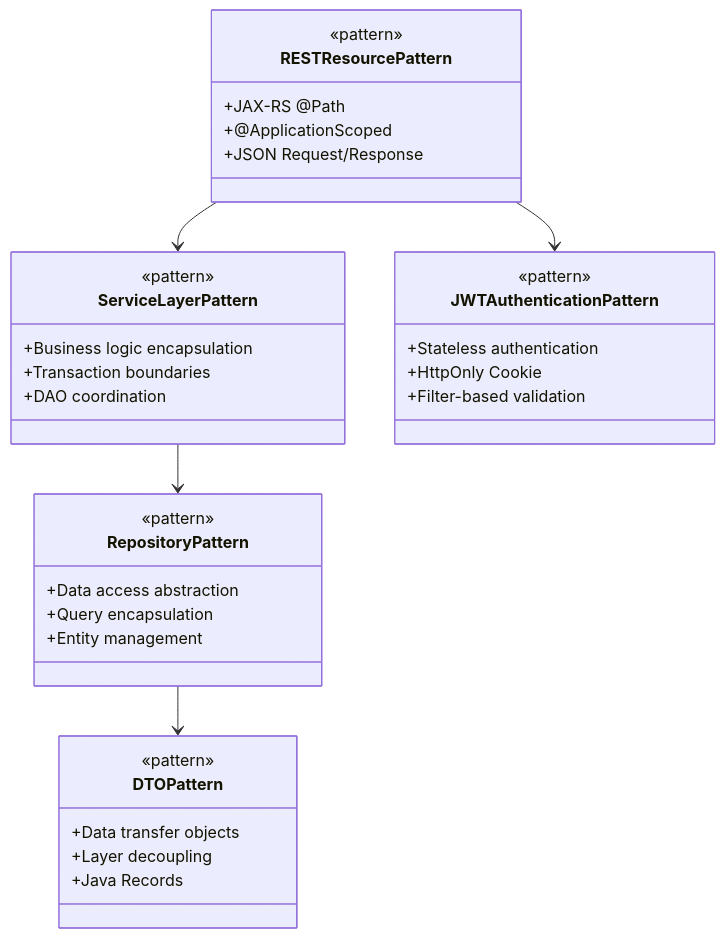
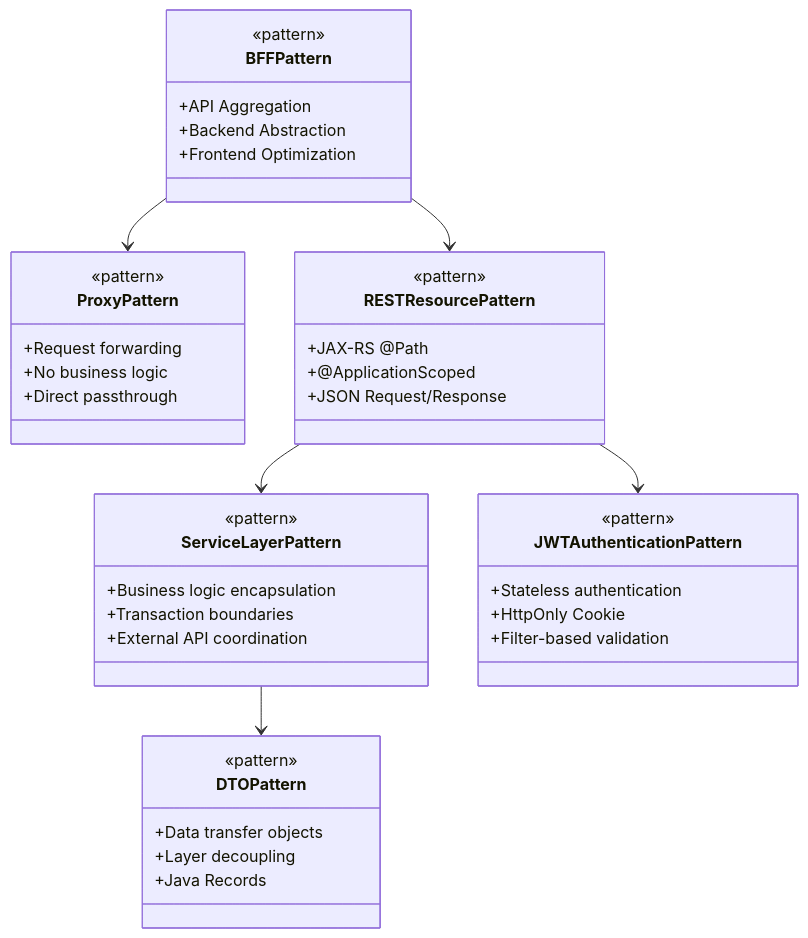
The fifth of 9 diagrams in projects/sdd/bookstore/berry-books-api-sdd/specs/baseline/system/architecture_design.md (KenyaSaitoh/ai_driven_dev_202601), drawn with Mermaid before and after one commit. The commit also changed other lines of this file and 40 other files, not shown here.

````diff
--- a/projects/sdd/bookstore/berry-books-api-sdd/specs/baseline/system/architecture_design.md
+++ b/projects/sdd/bookstore/berry-books-api-sdd/specs/baseline/system/architecture_design.md
@@ -188,42 +255,50 @@
 ```mermaid
 classDiagram
+    class BFFPattern {
+        <<pattern>>
+        +API Aggregation
+        +Backend Abstraction
+        +Frontend Optimization
+    }
+    
+    class ProxyPattern {
+        <<pattern>>
+        +Request forwarding
+        +No business logic
+        +Direct passthrough
+    }
+    
     class RESTResourcePattern {
         <<pattern>>
         +JAX-RS @Path
         +@ApplicationScoped
         +JSON Request/Response
     }
     
     class ServiceLayerPattern {
         <<pattern>>
         +Business logic encapsulation
         +Transaction boundaries
-        +DAO coordination
-    }
-    
-    class RepositoryPattern {
-        <<pattern>>
-        +Data access abstraction
-        +Query encapsulation
-        +Entity management
+        +External API coordination
     }
     
     class DTOPattern {
         <<pattern>>
         +Data transfer objects
         +Layer decoupling
         +Java Records
     }
     
     class JWTAuthenticationPattern {
         <<pattern>>
         +Stateless authentication
         +HttpOnly Cookie
         +Filter-based validation
     }
     
+    BFFPattern --> RESTResourcePattern
+    BFFPattern --> ProxyPattern
     RESTResourcePattern --> ServiceLayerPattern
-    ServiceLayerPattern --> RepositoryPattern
-    RepositoryPattern --> DTOPattern
     RESTResourcePattern --> JWTAuthenticationPattern
+    ServiceLayerPattern --> DTOPattern
 ```
````
